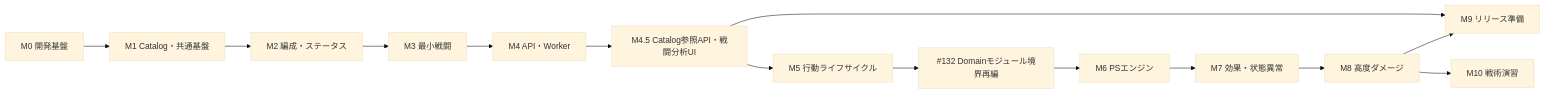
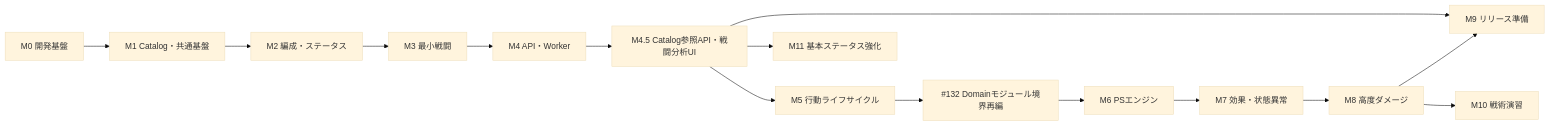
Before and after one commit to komei0727/muvluvgg_battle_simulator: the diagram in docs/ddd/13_実装計画.md, drawn with Mermaid (base theme). The commit also changed other lines of this file and 18 other files, not shown here.

````diff
--- a/docs/ddd/13_実装計画.md
+++ b/docs/ddd/13_実装計画.md
@@ -68,16 +69,17 @@
 ```mermaid
 flowchart LR
     M0["M0 開発基盤"] --> M1["M1 Catalog・共通基盤"]
     M1 --> M2["M2 編成・ステータス"]
     M2 --> M3["M3 最小戦闘"]
     M3 --> M4["M4 API・Worker"]
     M4 --> M45["M4.5 Catalog参照API・戦闘分析UI"]
     M45 --> M5["M5 行動ライフサイクル"]
     M5 --> ARCH["#132 Domainモジュール境界再編"]
     ARCH --> M6["M6 PSエンジン"]
     M6 --> M7["M7 効果・状態異常"]
     M7 --> M8["M8 高度ダメージ"]
     M45 --> M9["M9 リリース準備"]
     M8 --> M9
     M8 --> M10["M10 戦術演習"]
+    M45 --> M11["M11 基本ステータス強化"]
 ```
````
